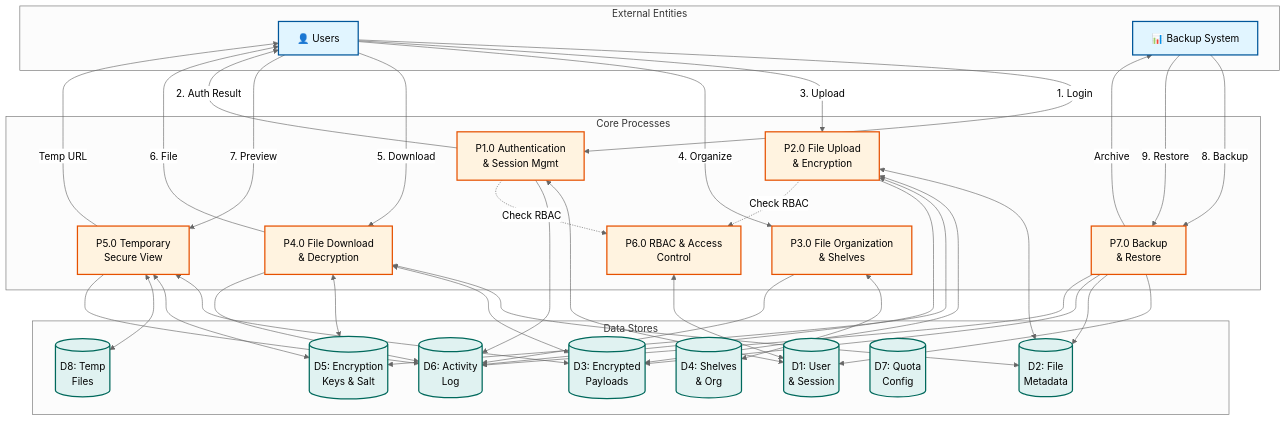
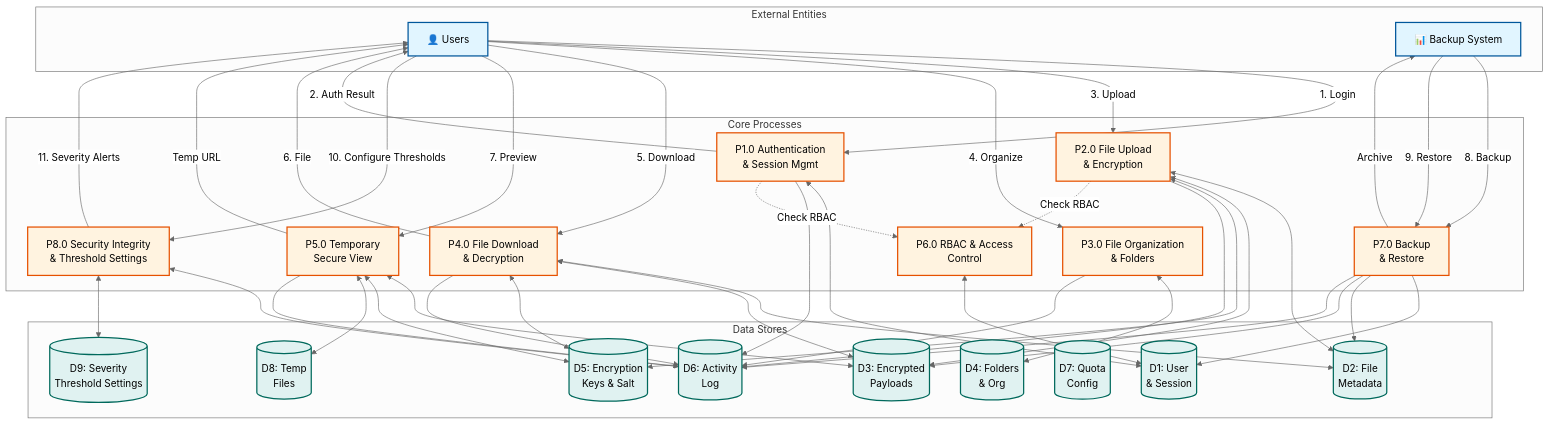
Before and after one commit to geogutierrez2004/repors: the diagram in docs/flowcharts/dfd-level-1.mmd, drawn with Mermaid (neutral theme). The commit also changed 26 other files, not shown here.

```diff
--- a/docs/flowcharts/dfd-level-1.mmd
+++ b/docs/flowcharts/dfd-level-1.mmd
@@ -1,76 +1,83 @@
 flowchart TB
   subgraph EXT[" External Entities "]
     U["👤 Users"]
     SM["📊 Backup System"]
   end
   
   subgraph CORE[" Core Processes "]
     P1["P1.0 Authentication<br/>& Session Mgmt"]
     P2["P2.0 File Upload<br/>& Encryption"]
-    P3["P3.0 File Organization<br/>& Shelves"]
+    P3["P3.0 File Organization<br/>& Folders"]
     P4["P4.0 File Download<br/>& Decryption"]
     P5["P5.0 Temporary<br/>Secure View"]
     P6["P6.0 RBAC & Access<br/>Control"]
     P7["P7.0 Backup<br/>& Restore"]
+    P8["P8.0 Security Integrity<br/>& Threshold Settings"]
   end
   
   subgraph DATA[" Data Stores "]
     D1[("D1: User<br/>& Session")]
     D2[("D2: File<br/>Metadata")]
     D3[("D3: Encrypted<br/>Payloads")]
-    D4[("D4: Shelves<br/>& Org")]
+    D4[("D4: Folders<br/>& Org")]
     D5[("D5: Encryption<br/>Keys & Salt")]
     D6[("D6: Activity<br/>Log")]
     D7[("D7: Quota<br/>Config")]
     D8[("D8: Temp<br/>Files")]
+    D9[("D9: Severity<br/>Threshold Settings")]
   end
   
   U -->|1. Login| P1
   P1 -->|2. Auth Result| U
   P1 <--> D1
   P1 --> D6
   
   U -->|3. Upload| P2
   P2 <--> D2
   P2 <--> D3
   P2 <--> D5
   P2 --> D6
   
   U -->|4. Organize| P3
   P3 <--> D4
   P3 --> D6
   
   U -->|5. Download| P4
   P4 <--> D2
   P4 <--> D3
   P4 <--> D5
   P4 -->|6. File| U
   P4 --> D6
   
   U -->|7. Preview| P5
   P5 <--> D3
   P5 <--> D5
   P5 <--> D8
   P5 -->|Temp URL| U
   P5 --> D6
   
   P1 -.->|Check RBAC| P6
   P2 -.->|Check RBAC| P6
   P6 <--> D1
   
   SM -->|8. Backup| P7
   P7 --> D1
   P7 --> D2
   P7 --> D3
   P7 -->|Archive| SM
   P7 --> D6
   
   SM -->|9. Restore| P7
+
+  U -->|10. Configure Thresholds| P8
+  P8 -->|11. Severity Alerts| U
+  P8 <--> D6
+  P8 <--> D9
   
   classDef process fill:#fff3e0,stroke:#e65100,stroke-width:2px,color:#000
   classDef datastore fill:#e0f2f1,stroke:#00695c,stroke-width:2px,color:#000
   classDef external fill:#e1f5ff,stroke:#01579b,stroke-width:2px,color:#000
   
-  class P1,P2,P3,P4,P5,P6,P7 process
-  class D1,D2,D3,D4,D5,D6,D7,D8 datastore
+  class P1,P2,P3,P4,P5,P6,P7,P8 process
+  class D1,D2,D3,D4,D5,D6,D7,D8,D9 datastore
   class U,SM external
```
